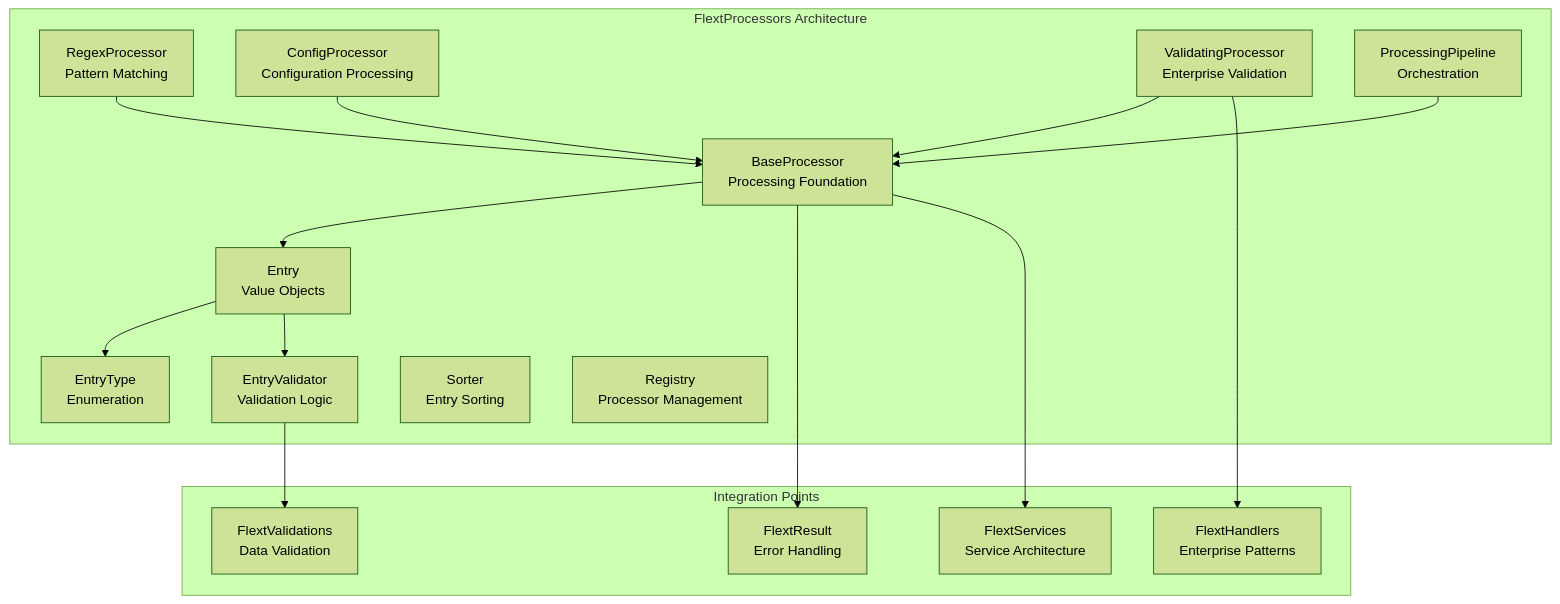
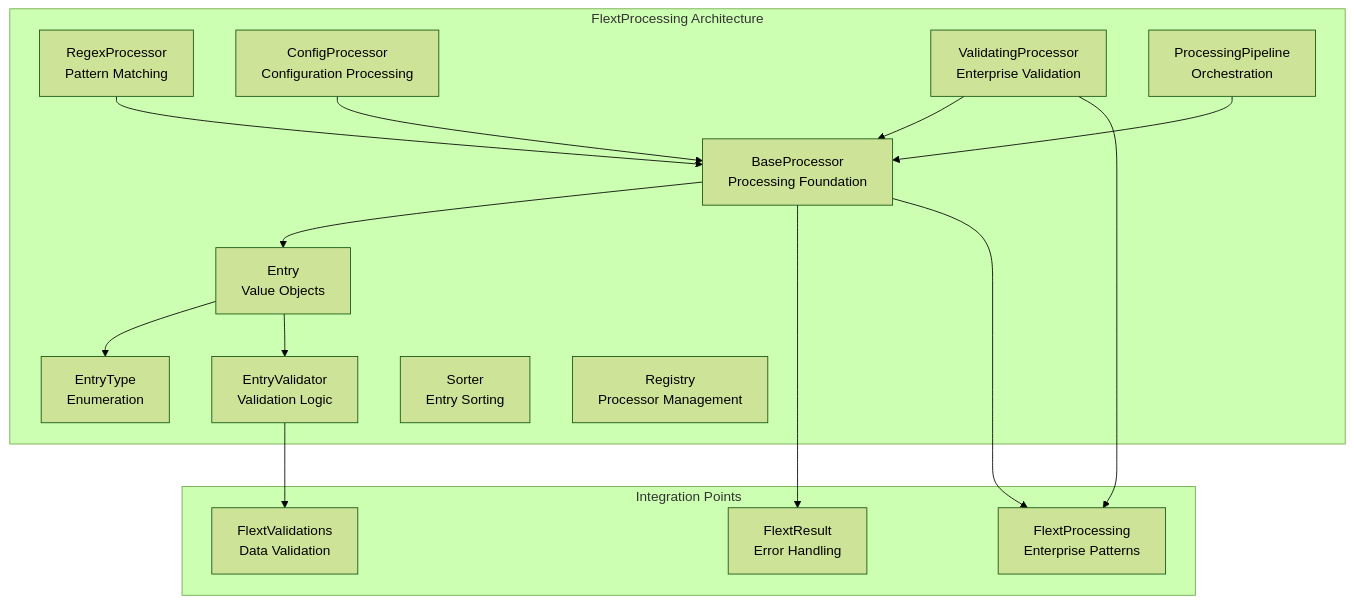
One commit to flext-sh/flext-core changed the diagram in docs/architecture/processors/README.md. Above: the diagram before and after it, drawn with Mermaid (forest theme). The commit also changed other lines of this file and 75 other files, not shown here.

````diff
--- a/docs/architecture/processors/README.md
+++ b/docs/architecture/processors/README.md
@@ -50,37 +50,37 @@
 ```mermaid
 graph TB
-    subgraph "FlextProcessors Architecture"
+    subgraph "FlextProcessing Architecture"
         Entry[Entry<br/>Value Objects]
         EntryType[EntryType<br/>Enumeration]
         Validator[EntryValidator<br/>Validation Logic]
 
         BaseProc[BaseProcessor<br/>Processing Foundation]
         RegexProc[RegexProcessor<br/>Pattern Matching]
         ConfigProc[ConfigProcessor<br/>Configuration Processing]
         ValidatingProc[ValidatingProcessor<br/>Enterprise Validation]
 
         Pipeline[ProcessingPipeline<br/>Orchestration]
         Sorter[Sorter<br/>Entry Sorting]
         Registry[Registry<br/>Processor Management]
     end
 
     subgraph "Integration Points"
         FlextResult[FlextResult<br/>Error Handling]
-        FlextServices[FlextServices<br/>Service Architecture]
-        FlextHandlers[FlextHandlers<br/>Enterprise Patterns]
+        FlextProcessing[FlextProcessing<br/>Service Architecture]
+        FlextProcessing[FlextProcessing<br/>Enterprise Patterns]
         FlextValidations[FlextValidations<br/>Data Validation]
     end
 
     Entry --> EntryType
     Entry --> Validator
     BaseProc --> Entry
     RegexProc --> BaseProc
     ConfigProc --> BaseProc
     ValidatingProc --> BaseProc
     Pipeline --> BaseProc
 
     BaseProc --> FlextResult
-    ValidatingProc --> FlextHandlers
-    BaseProc --> FlextServices
+    ValidatingProc --> FlextProcessing
+    BaseProc --> FlextProcessing
     Validator --> FlextValidations
 ```
````
